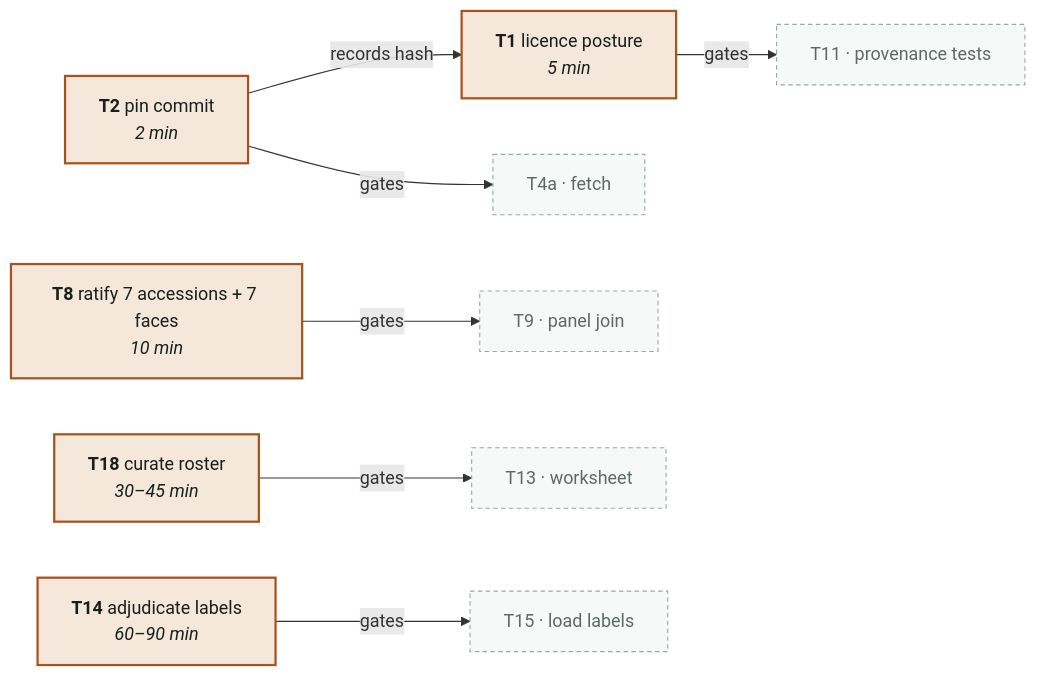
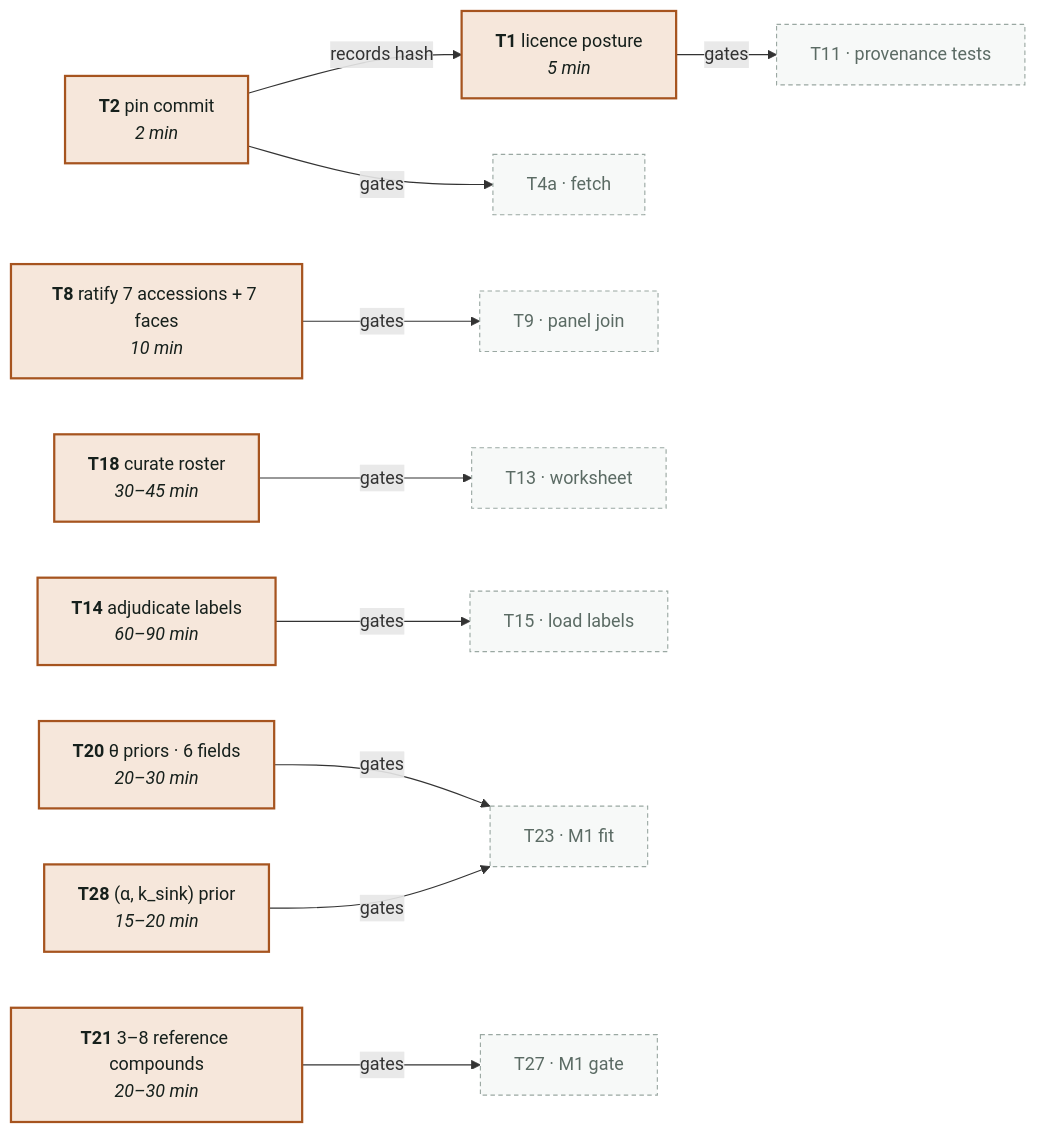
Before and after one commit to supmo668/bioFM: the third of 4 diagrams in projects/lung-on-chipsim/README.md, drawn with Mermaid. The commit also changed other lines of this file and 31 other files, not shown here.

````diff
--- a/projects/lung-on-chipsim/README.md
+++ b/projects/lung-on-chipsim/README.md
@@ -141,24 +141,34 @@
 ```mermaid
 flowchart LR
     T2["<b>T2</b> pin commit<br/><i>2 min</i>"]:::human
     T1["<b>T1</b> licence posture<br/><i>5 min</i>"]:::human
     T8["<b>T8</b> ratify 7 accessions + 7 faces<br/><i>10 min</i>"]:::human
     T18["<b>T18</b> curate roster<br/><i>30–45 min</i>"]:::human
     T14["<b>T14</b> adjudicate labels<br/><i>60–90 min</i>"]:::human
 
     T4a["T4a · fetch"]:::blocked
     T11["T11 · provenance tests"]:::blocked
     T9["T9 · panel join"]:::blocked
     T13["T13 · worksheet"]:::blocked
     T15["T15 · load labels"]:::blocked
 
+    T20["<b>T20</b> θ priors · 6 fields<br/><i>20–30 min</i>"]:::human
+    T28["<b>T28</b> (α, k_sink) prior<br/><i>15–20 min</i>"]:::human
+    T21["<b>T21</b> 3–8 reference compounds<br/><i>20–30 min</i>"]:::human
+
+    T23["T23 · M1 fit"]:::blocked
+    T27["T27 · M1 gate"]:::blocked
+
     T2 -->|gates| T4a
     T2 -->|"records hash"| T1
     T1 -->|gates| T11
     T8 -->|gates| T9
     T18 -->|gates| T13
     T14 -->|gates| T15
+    T20 -->|gates| T23
+    T28 -->|gates| T23
+    T21 -->|gates| T27
 
     classDef human fill:#f6e7db,stroke:#a6541f,stroke-width:2px,color:#16201c
     classDef blocked fill:#f7f9f8,stroke:#9aa8a2,stroke-dasharray:4 3,color:#5b6b64
 ```
````
